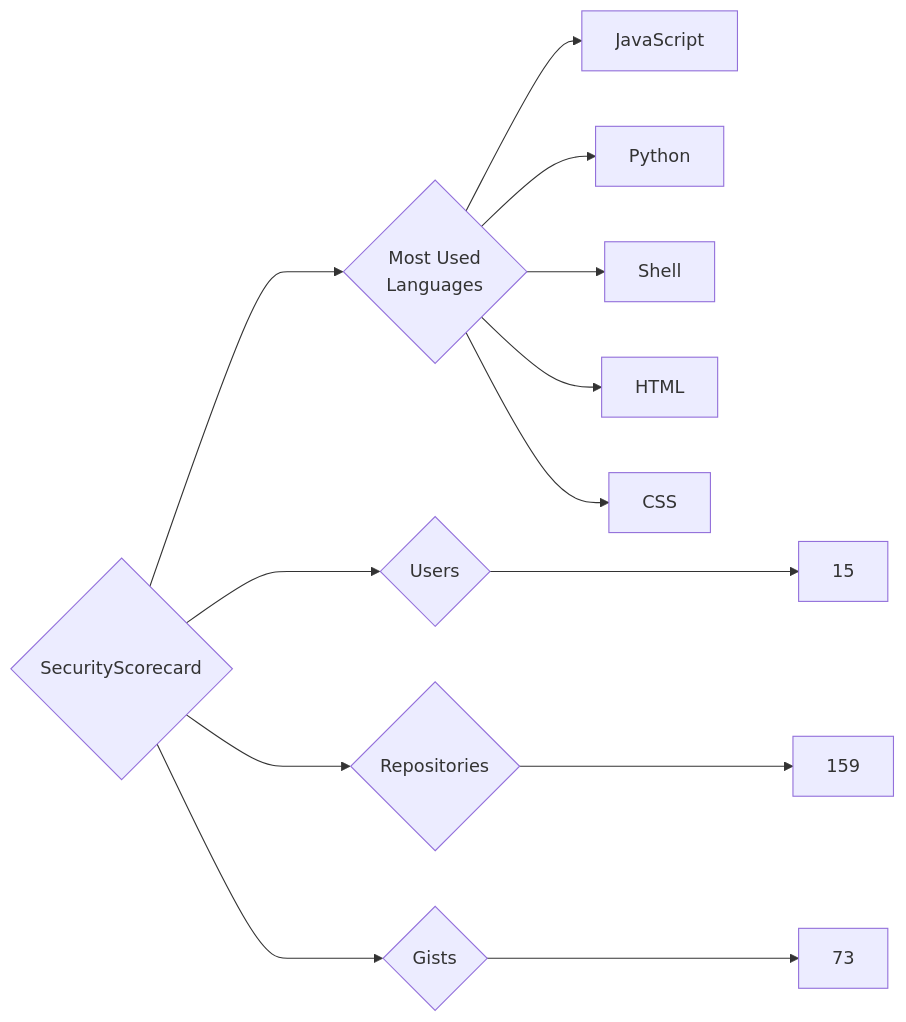
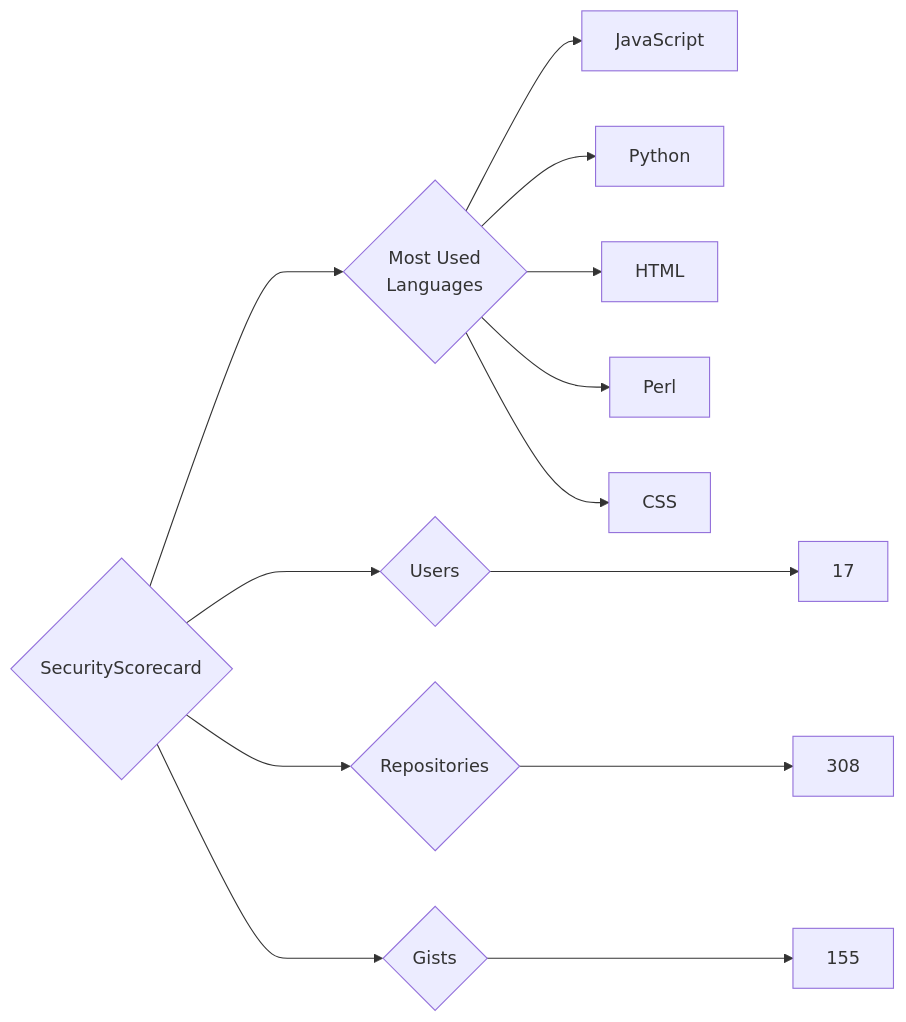
Before and after one commit to trickest/insiders: the diagram in targets/SecurityScorecard/README.md, drawn with Mermaid. The commit also changed 948 other files, not shown here.

````diff
--- a/targets/SecurityScorecard/README.md
+++ b/targets/SecurityScorecard/README.md
@@ -3,13 +3,13 @@
 ```mermaid
 graph LR
 COMPANY_NAME{SecurityScorecard}
-COMPANY_NAME ---> U{Users} ---> UN[15]
-COMPANY_NAME ---> R{Repositories} ---> RN[159]
-COMPANY_NAME ---> G{Gists} ---> GN[73]
+COMPANY_NAME ---> U{Users} ---> UN[17]
+COMPANY_NAME ---> R{Repositories} ---> RN[308]
+COMPANY_NAME ---> G{Gists} ---> GN[155]
 COMPANY_NAME ---> ML{Most Used<br>Languages}
 ML --> JavaScript[JavaScript]
 ML --> Python[Python]
-ML --> Shell[Shell]
 ML --> HTML[HTML]
+ML --> Perl[Perl]
 ML --> CSS[CSS]
 ```
````
